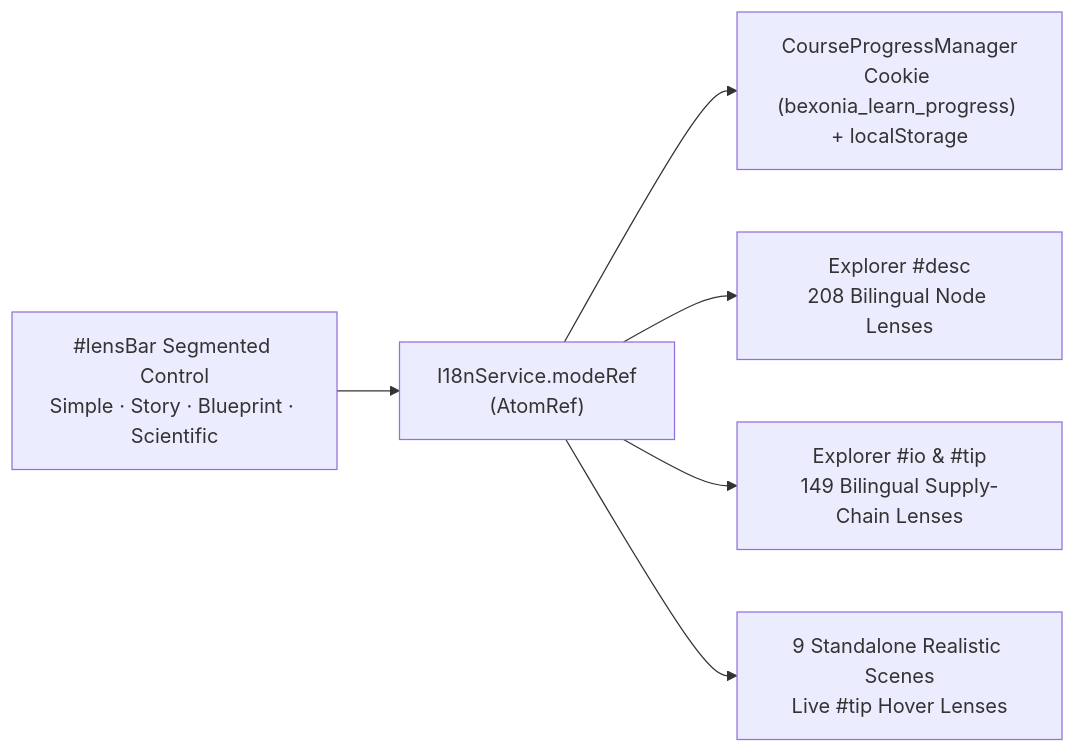
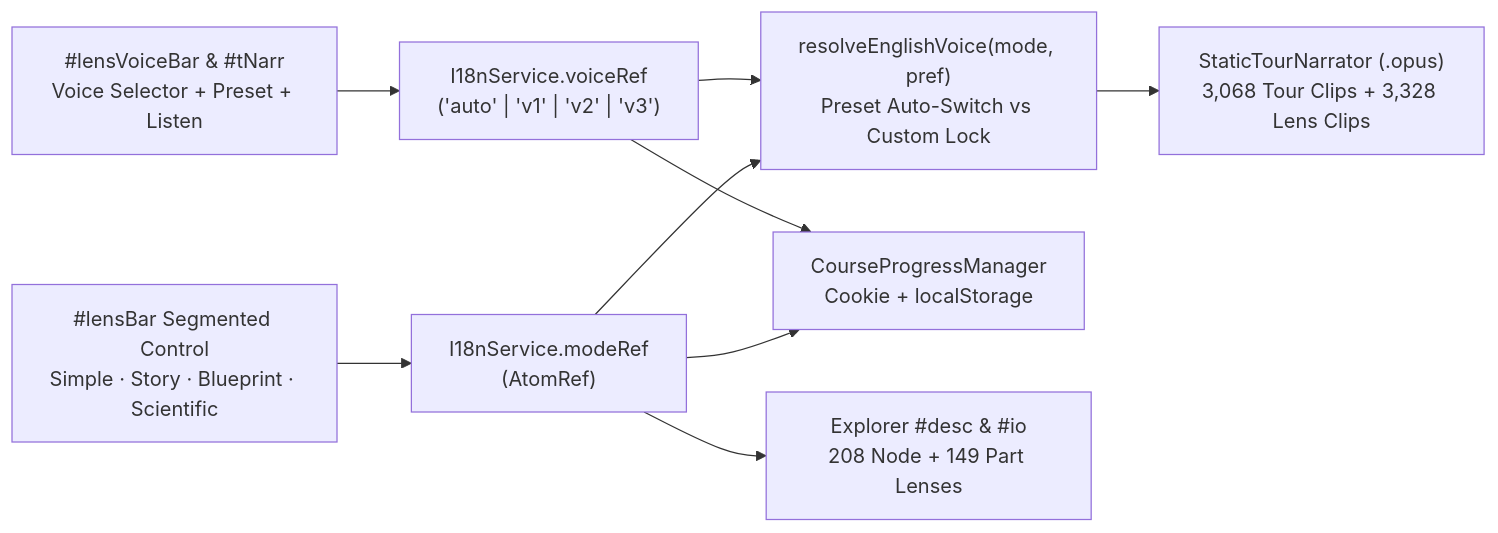
The diagram in roadmap/05-multi-mode-lenses-and-connected-stories.md (bexonia/learn-biology), drawn with Mermaid before and after one commit. The commit also changed other lines of this file and 28 other files, not shown here.

Commit message:
feat(narration): add 4 Public Domain CC0 voices, Preset/Custom voice selector & 6,396 .opus clips

````diff
--- a/roadmap/05-multi-mode-lenses-and-connected-stories.md
+++ b/roadmap/05-multi-mode-lenses-and-connected-stories.md
@@ -30,8 +40,11 @@
 ```mermaid
 flowchart LR
   Bar["#lensBar Segmented Control\nSimple · Story · Blueprint · Scientific"] --> ModeRef["I18nService.modeRef\n(AtomRef<ExplanationMode>)"]
-  ModeRef --> Persist["CourseProgressManager\nCookie (bexonia_learn_progress) + localStorage"]
-  ModeRef --> ExplorerDesc["Explorer #desc\n208 Bilingual Node Lenses"]
-  ModeRef --> ExplorerIO["Explorer #io & #tip\n149 Bilingual Supply-Chain Lenses"]
-  ModeRef --> Standalone["9 Standalone Realistic Scenes\nLive #tip Hover Lenses"]
+  VBar["#lensVoiceBar & #tNarr\nVoice Selector + Preset + Listen"] --> VoiceRef["I18nService.voiceRef\n('auto' | 'v1' | 'v2' | 'v3')"]
+  ModeRef --> Resolve["resolveEnglishVoice(mode, pref)\nPreset Auto-Switch vs Custom Lock"]
+  VoiceRef --> Resolve
+  Resolve --> Narrator["StaticTourNarrator (.opus)\n3,068 Tour Clips + 3,328 Lens Clips"]
+  ModeRef --> Persist["CourseProgressManager\nCookie + localStorage"]
+  VoiceRef --> Persist
+  ModeRef --> ExplorerDesc["Explorer #desc & #io\n208 Node + 149 Part Lenses"]
 ```
````
